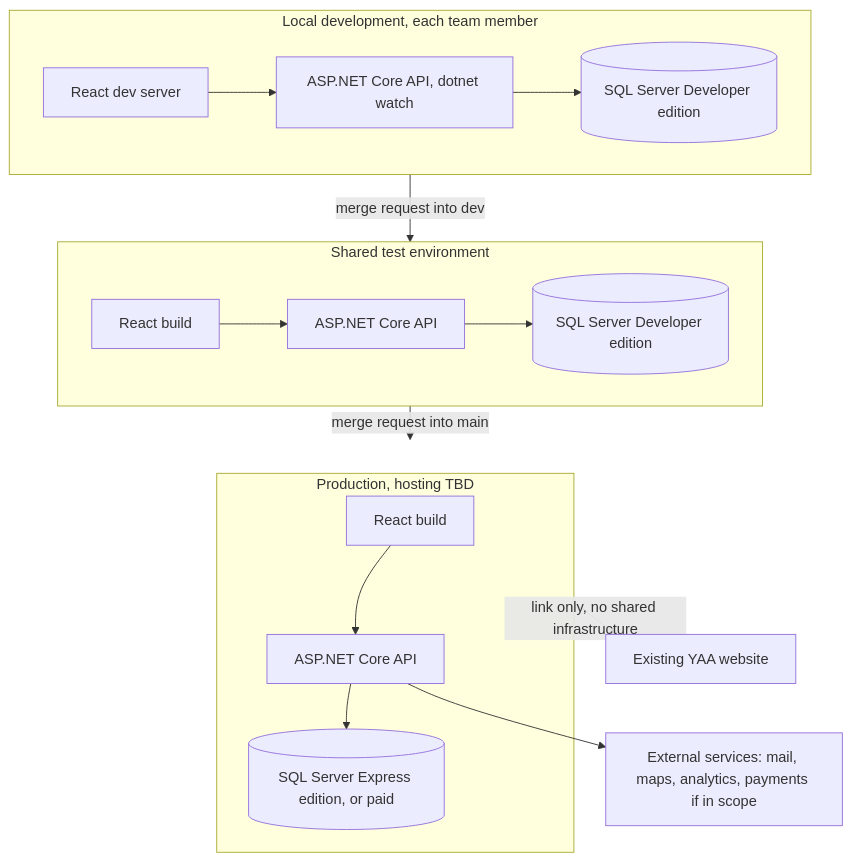
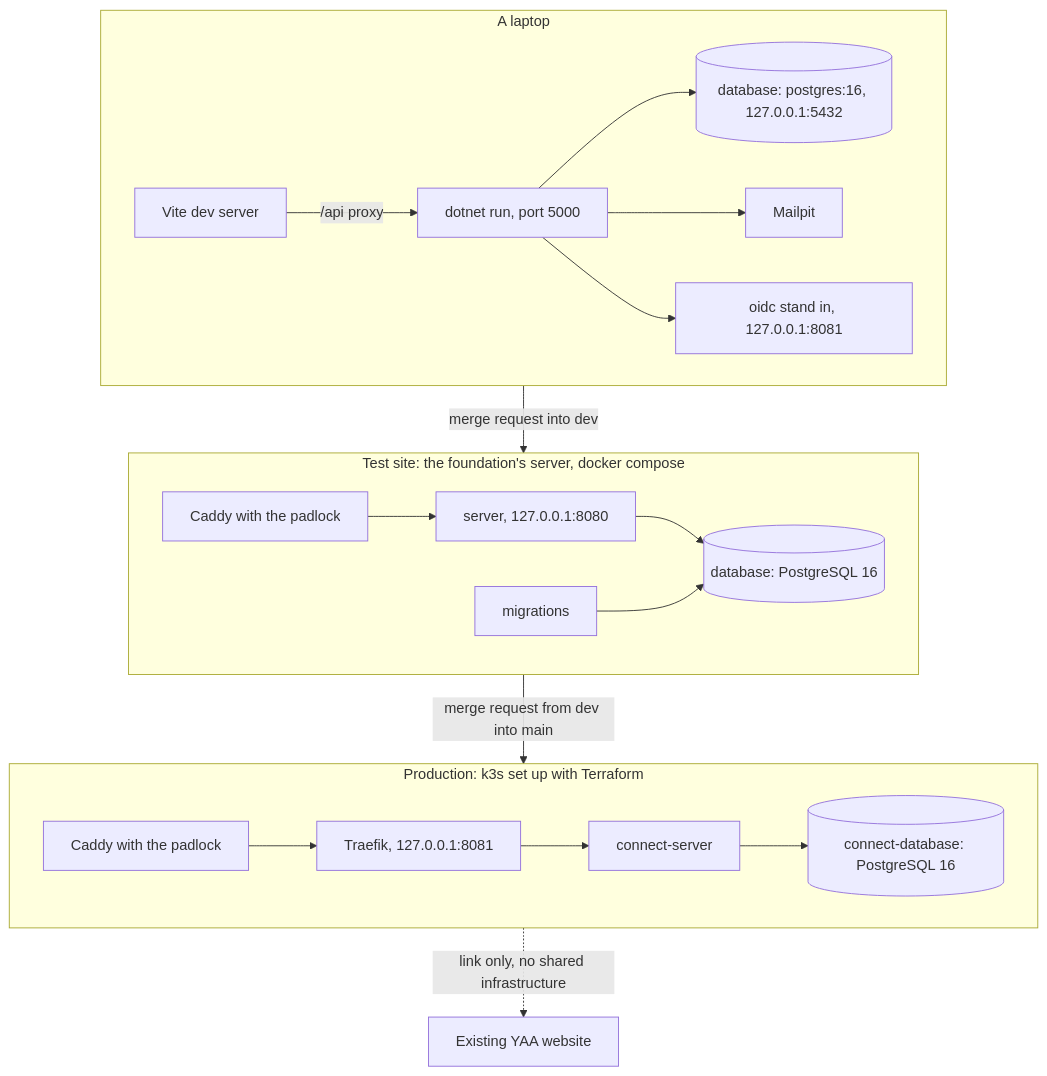
One commit to guruITA/connect-nine changed the first of 3 diagrams in docs/architecture/infrastructure.md. Above: the diagram before and after it, drawn with Mermaid. The commit also changed other lines of this file and 21 other files, not shown here.

````diff
--- a/docs/architecture/infrastructure.md
+++ b/docs/architecture/infrastructure.md
@@ -111,25 +111,22 @@
 ```mermaid
 flowchart TB
-    subgraph Local["Local development, each team member"]
-        LFE[React dev server]
-        LBE[ASP.NET Core API, dotnet watch]
-        LDB[(SQL Server Developer edition)]
-        LFE --> LBE --> LDB
+    subgraph Laptop["A laptop"]
+        LFE["Vite dev server"] -->|"/api proxy"| LBE["dotnet run, port 5000"]
+        LBE --> LDB[("database: postgres:16, 127.0.0.1:5432")]
+        LBE --> LMail["Mailpit"]
+        LBE --> LOidc["oidc stand in, 127.0.0.1:8081"]
     end
-    subgraph Test["Shared test environment"]
-        TFE[React build]
-        TBE[ASP.NET Core API]
-        TDB[(SQL Server Developer edition)]
-        TFE --> TBE --> TDB
+    subgraph Test["Test site: the foundation's server, docker compose"]
+        TCaddy["Caddy with the padlock"] --> TS["server, 127.0.0.1:8080"]
+        TS --> TDB[("database: PostgreSQL 16")]
+        TMig["migrations"] --> TDB
     end
-    subgraph Prod["Production, hosting TBD"]
-        PFE[React build]
-        PBE[ASP.NET Core API]
-        PDB[(SQL Server Express edition, or paid)]
-        PFE --> PBE --> PDB
+    subgraph Prod["Production: k3s set up with Terraform"]
+        PCaddy["Caddy with the padlock"] --> PTr["Traefik, 127.0.0.1:8081"]
+        PTr --> PS["connect-server"]
+        PS --> PDB[("connect-database: PostgreSQL 16")]
     end
-    Local -->|merge request into dev| Test
-    Test -->|merge request into main| Prod
-    PBE --> Ext[External services: mail, maps, analytics, payments if in scope]
-    Prod -.->|link only, no shared infrastructure| YAA[Existing YAA website]
+    Laptop -->|"merge request into dev"| Test
+    Test -->|"merge request from dev into main"| Prod
+    Prod -.->|"link only, no shared infrastructure"| YAA["Existing YAA website"]
 ```
````
